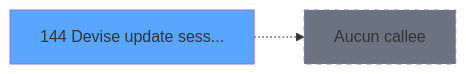
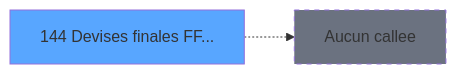
The third of 3 diagrams in .openspec/specs/ADH-IDE-144.md (thonyAGP/lecteur-magic), drawn with Mermaid before and after one commit. The commit also changed other lines of this file and 493 other files, not shown here.

````diff
--- a/.openspec/specs/ADH-IDE-144.md
+++ b/.openspec/specs/ADH-IDE-144.md
@@ -177,8 +228,8 @@
 ```mermaid
 graph LR
-    T144[144 Devise update sess...]
+    T144[144 Devises finales FF...]
     style T144 fill:#58a6ff
     NONE[Aucun callee]
     T144 -.-> NONE
     style NONE fill:#6b7280,stroke-dasharray: 5 5
 ```
````
